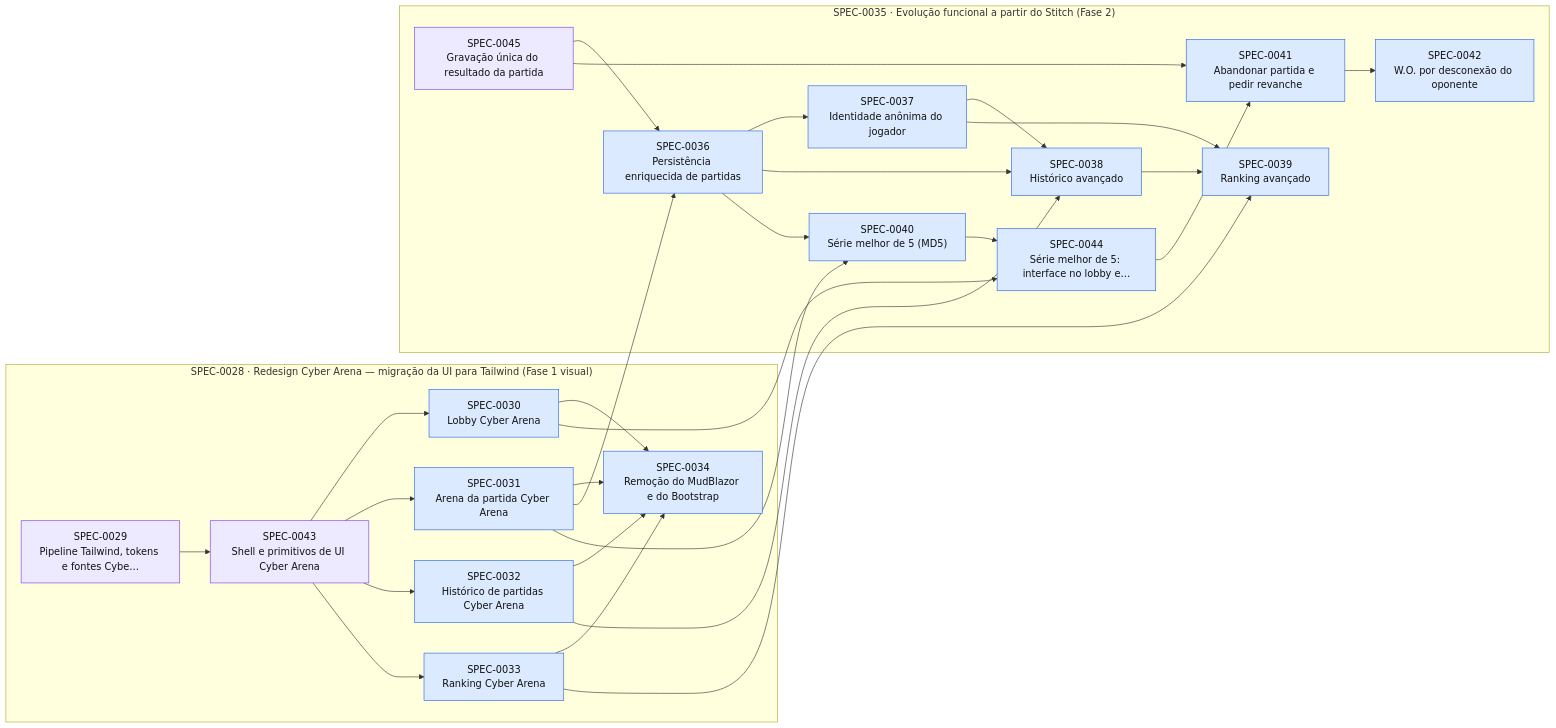
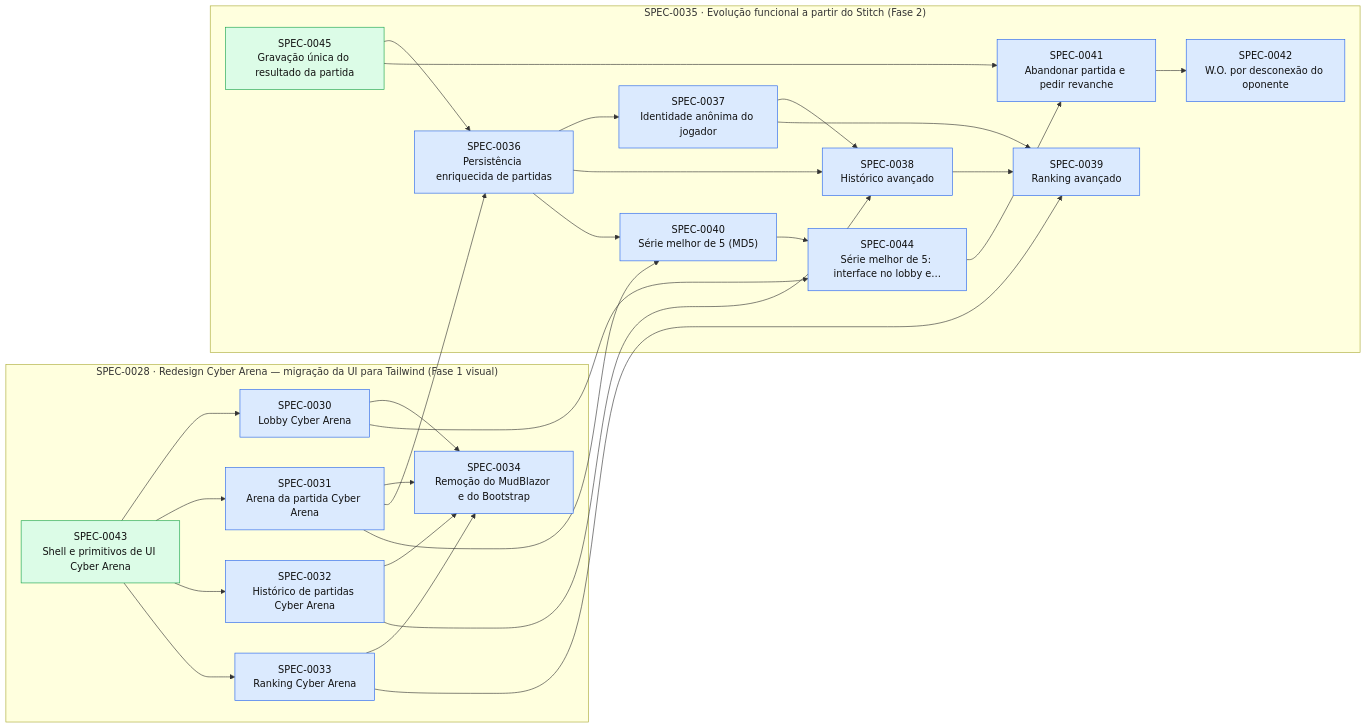
One commit to thomasravache/jogo-da-velha-multiplayer changed the diagram in docs/specs/INDEX.md. Above: the diagram before and after it, drawn with Mermaid. The commit also changed other lines of this file and 4 other files, not shown here.

````diff
--- a/docs/specs/INDEX.md
+++ b/docs/specs/INDEX.md
@@ -51,53 +48,51 @@
 ```mermaid
 flowchart LR
   subgraph E0028["SPEC-0028 · Redesign Cyber Arena — migração da UI para Tailwind (Fase 1 visual)"]
-    S0029["SPEC-0029<br/>Pipeline Tailwind, tokens e fontes Cybe…"]:::inprogress
     S0030["SPEC-0030<br/>Lobby Cyber Arena"]:::approved
     S0031["SPEC-0031<br/>Arena da partida Cyber Arena"]:::approved
     S0032["SPEC-0032<br/>Histórico de partidas Cyber Arena"]:::approved
     S0033["SPEC-0033<br/>Ranking Cyber Arena"]:::approved
     S0034["SPEC-0034<br/>Remoção do MudBlazor e do Bootstrap"]:::approved
-    S0043["SPEC-0043<br/>Shell e primitivos de UI Cyber Arena"]:::inprogress
+    S0043["SPEC-0043<br/>Shell e primitivos de UI Cyber Arena"]:::implemented
   end
   subgraph E0035["SPEC-0035 · Evolução funcional a partir do Stitch (Fase 2)"]
     S0036["SPEC-0036<br/>Persistência enriquecida de partidas"]:::approved
     S0037["SPEC-0037<br/>Identidade anônima do jogador"]:::approved
     S0038["SPEC-0038<br/>Histórico avançado"]:::approved
     S0039["SPEC-0039<br/>Ranking avançado"]:::approved
     S0040["SPEC-0040<br/>Série melhor de 5 (MD5)"]:::approved
     S0041["SPEC-0041<br/>Abandonar partida e pedir revanche"]:::approved
     S0042["SPEC-0042<br/>W.O. por desconexão do oponente"]:::approved
     S0044["SPEC-0044<br/>Série melhor de 5: interface no lobby e…"]:::approved
-    S0045["SPEC-0045<br/>Gravação única do resultado da partida"]:::inprogress
+    S0045["SPEC-0045<br/>Gravação única do resultado da partida"]:::implemented
   end
   S0043 --> S0030
   S0043 --> S0031
   S0043 --> S0032
   S0043 --> S0033
   S0030 --> S0034
   S0031 --> S0034
   S0032 --> S0034
   S0033 --> S0034
   S0031 --> S0036
   S0045 --> S0036
   S0036 --> S0037
   S0032 --> S0038
   S0036 --> S0038
   S0037 --> S0038
   S0033 --> S0039
   S0037 --> S0039
   S0038 --> S0039
   S0031 --> S0040
   S0036 --> S0040
   S0044 --> S0041
   S0045 --> S0041
   S0041 --> S0042
-  S0029 --> S0043
   S0030 --> S0044
   S0040 --> S0044
   classDef proposed fill:#fef3c7,stroke:#d97706,color:#111
   classDef approved fill:#dbeafe,stroke:#2563eb,color:#111
   classDef inprogress fill:#ede9fe,stroke:#7c3aed,color:#111
   classDef implemented fill:#dcfce7,stroke:#16a34a,color:#111
   classDef deprecated fill:#f3f4f6,stroke:#9ca3af,color:#6b7280
 ```
````
